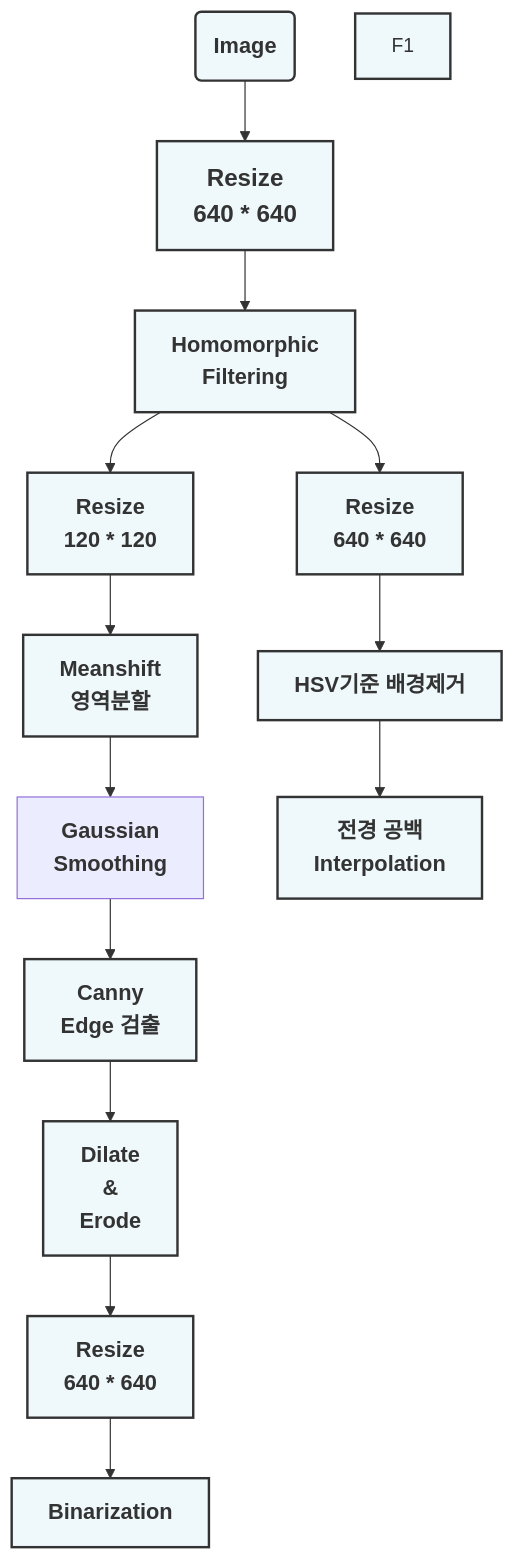
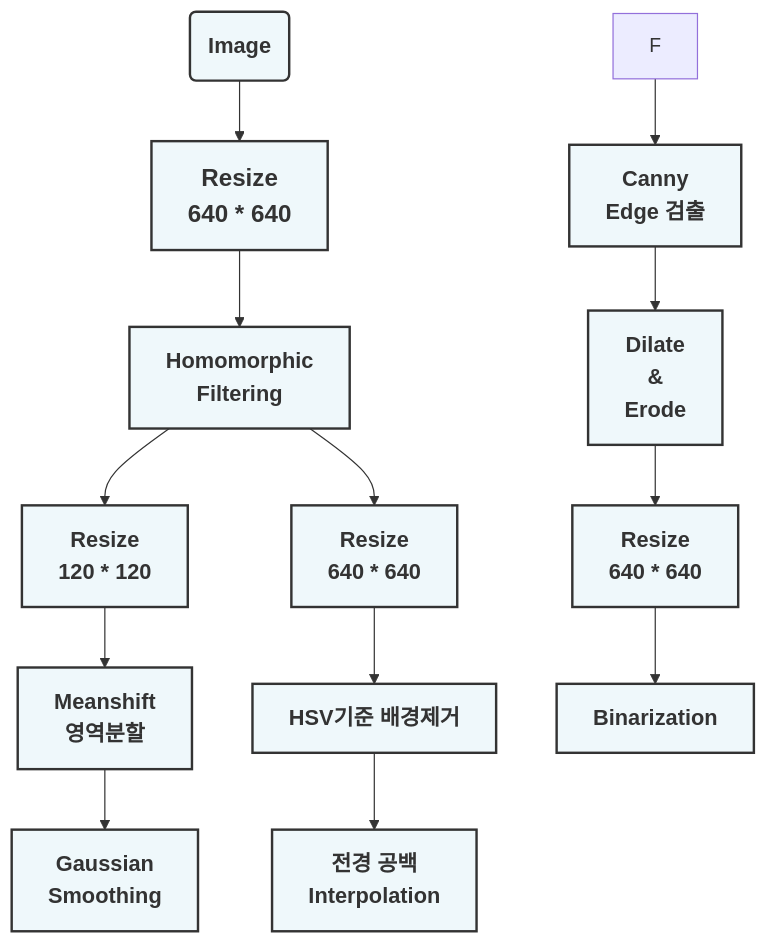
One commit to 201710808/-p changed the second of 2 diagrams in Readme.md. Above: the diagram before and after it, drawn with Mermaid.

````diff
--- a/Readme.md
+++ b/Readme.md
@@ -13,32 +13,32 @@
 ```mermaid
 graph
 A(<b><span style='font-size:18px'>Image</span></b>)-->B[<b><span style='font-size:20px'>Resize<br>640 * 640</span></b>]
 B-->C[<b><span style='font-size:18px'>Homomorphic<br>Filtering</span></b>]
 C-->D1[<b><span style='font-size:18px'>Resize<br>120 * 120</span></b>]
 D1-->E1[<b><span style='font-size:18px'>Meanshift<br>영역분할</span></b>]
-E1-->F[<b><span style='font-size:18px'>Gaussian<br>Smoothing</span></b>]
+E1-->F1[<b><span style='font-size:18px'>Gaussian<br>Smoothing</span></b>]
 F-->G[<b><span style='font-size:18px'>Canny<br>Edge 검출</span></b>]
 G-->H[<b><span style='font-size:18px'>Dilate<br>&<br>Erode</span></b>]
 H-->I[<b><span style='font-size:18px'>Resize<br>640 * 640</span></b>]
 I-->J[<b><span style='font-size:18px'>Binarization</span></b>]
 
 C-->D2[<b><span style='font-size:18px'>Resize<br>640 * 640</span></b>]
 D2-->E2[<b><span style='font-size:18px'>HSV기준 배경제거</span></b>]
 E2-->F2[<b><span style='font-size:18px'>전경 공백<br>Interpolation</span></b>]
 
 
 style A fill:#EFF8FB ,stroke:#333,stroke-width:2px
 style B fill:#EFF8FB ,stroke:#333,stroke-width:2px
 style C fill:#EFF8FB ,stroke:#333,stroke-width:2px
 style D1 fill:#EFF8FB ,stroke:#333,stroke-width:2px
 style E1 fill:#EFF8FB ,stroke:#333,stroke-width:2px
 style F1 fill:#EFF8FB ,stroke:#333,stroke-width:2px
 style G fill:#EFF8FB ,stroke:#333,stroke-width:2px
 style H fill:#EFF8FB ,stroke:#333,stroke-width:2px
 style I fill:#EFF8FB ,stroke:#333,stroke-width:2px
 style J fill:#EFF8FB ,stroke:#333,stroke-width:2px
 
 style D2 fill:#EFF8FB ,stroke:#333,stroke-width:2px
 style E2 fill:#EFF8FB ,stroke:#333,stroke-width:2px
 style F2 fill:#EFF8FB ,stroke:#333,stroke-width:2px
 ```
````
